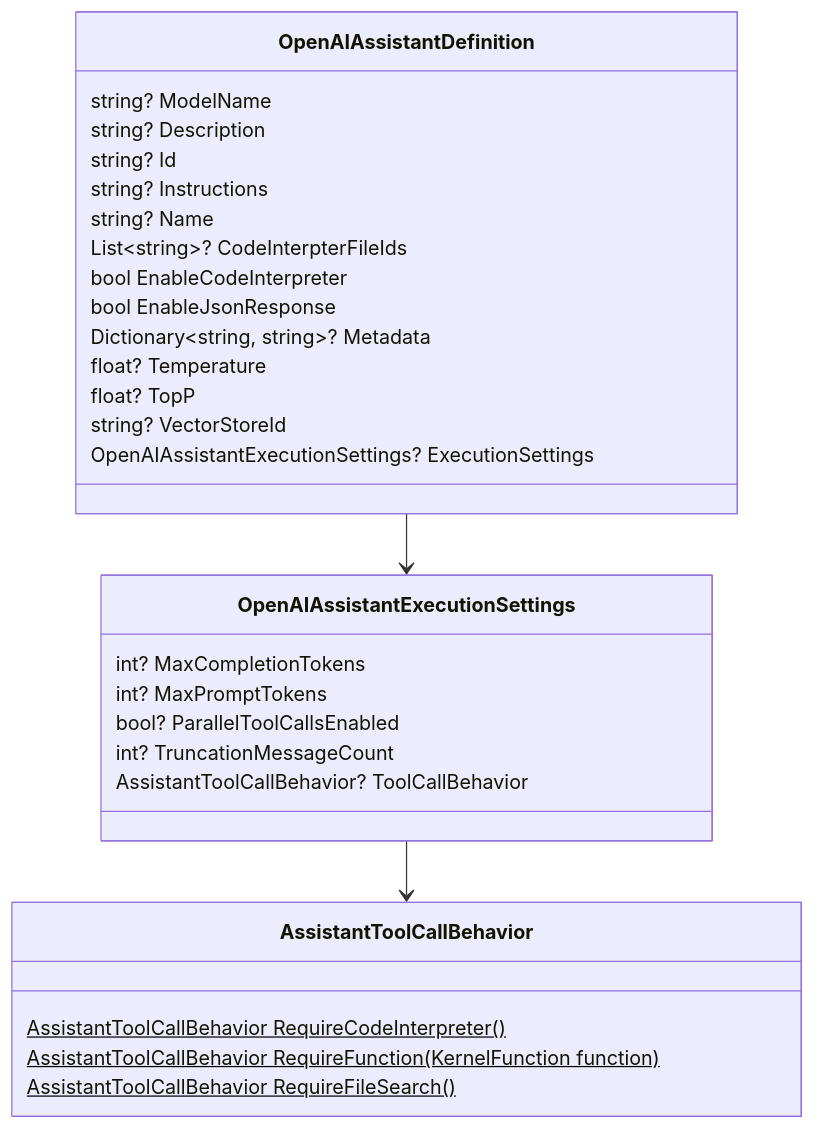
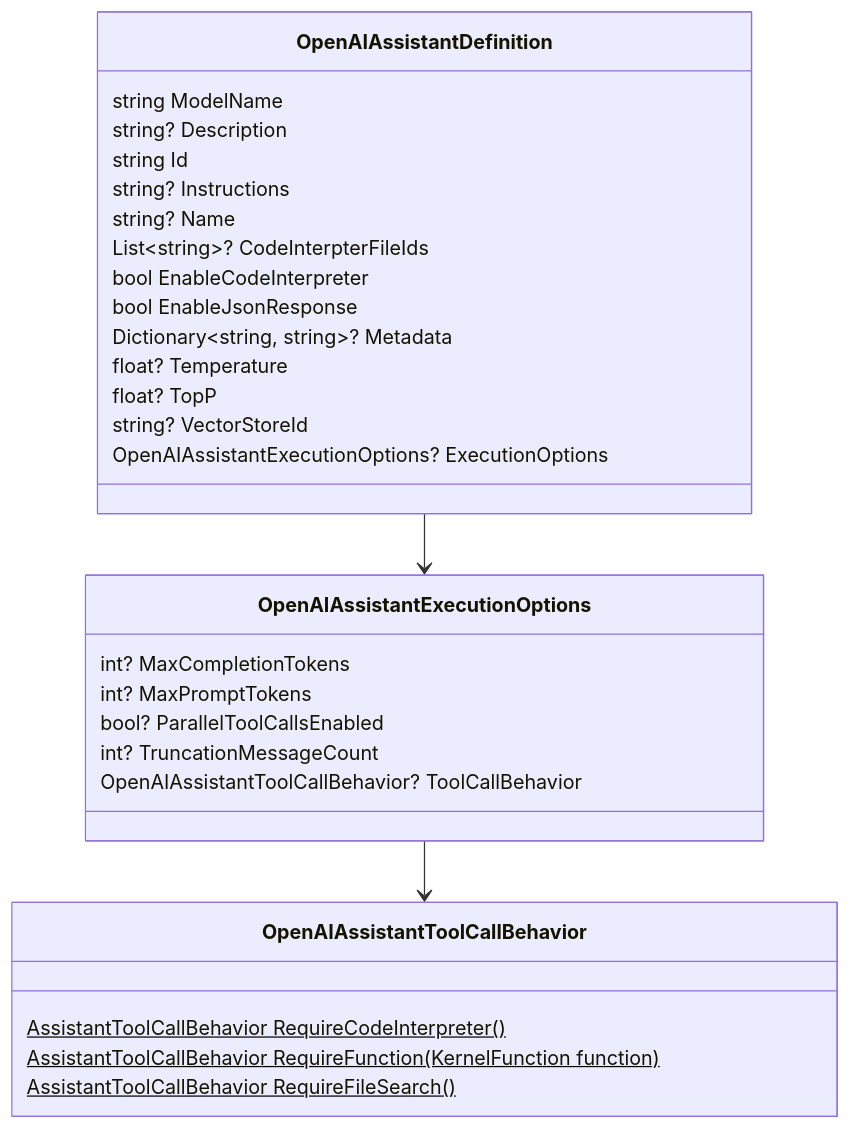
One commit to microsoft/semantic-kernel changed the diagram in docs/decisions/diagrams/assistant-definition.mmd. Above: the diagram before and after it, drawn with Mermaid. The commit also changed 10 other files, not shown here.

```diff
--- a/docs/decisions/diagrams/assistant-definition.mmd
+++ b/docs/decisions/diagrams/assistant-definition.mmd
@@ -1,33 +1,33 @@
 classDiagram
 
-    OpenAIAssistantDefinition --> OpenAIAssistantExecutionSettings
+    OpenAIAssistantDefinition --> OpenAIAssistantExecutionOptions
     class OpenAIAssistantDefinition {
-        string? ModelName
+        string ModelName
         string? Description
-        string? Id
+        string Id
         string? Instructions
         string? Name
         List~string~? CodeInterpterFileIds
         bool EnableCodeInterpreter
         bool EnableJsonResponse
         Dictionary~string, string~? Metadata
         float? Temperature
         float? TopP
         string? VectorStoreId
-        OpenAIAssistantExecutionSettings? ExecutionSettings
+        OpenAIAssistantExecutionOptions? ExecutionOptions
     }
 
-    OpenAIAssistantExecutionSettings --> AssistantToolCallBehavior
-    class OpenAIAssistantExecutionSettings {
+    OpenAIAssistantExecutionOptions --> OpenAIAssistantToolCallBehavior
+    class OpenAIAssistantExecutionOptions {
         int? MaxCompletionTokens
         int? MaxPromptTokens
         bool? ParallelToolCallsEnabled
         int? TruncationMessageCount
-        AssistantToolCallBehavior? ToolCallBehavior
+        OpenAIAssistantToolCallBehavior? ToolCallBehavior
     }
 
-    class AssistantToolCallBehavior {
+    class OpenAIAssistantToolCallBehavior {
         AssistantToolCallBehavior RequireCodeInterpreter()$
         AssistantToolCallBehavior RequireFunction(KernelFunction function)$
         AssistantToolCallBehavior RequireFileSearch()$
     }
```
